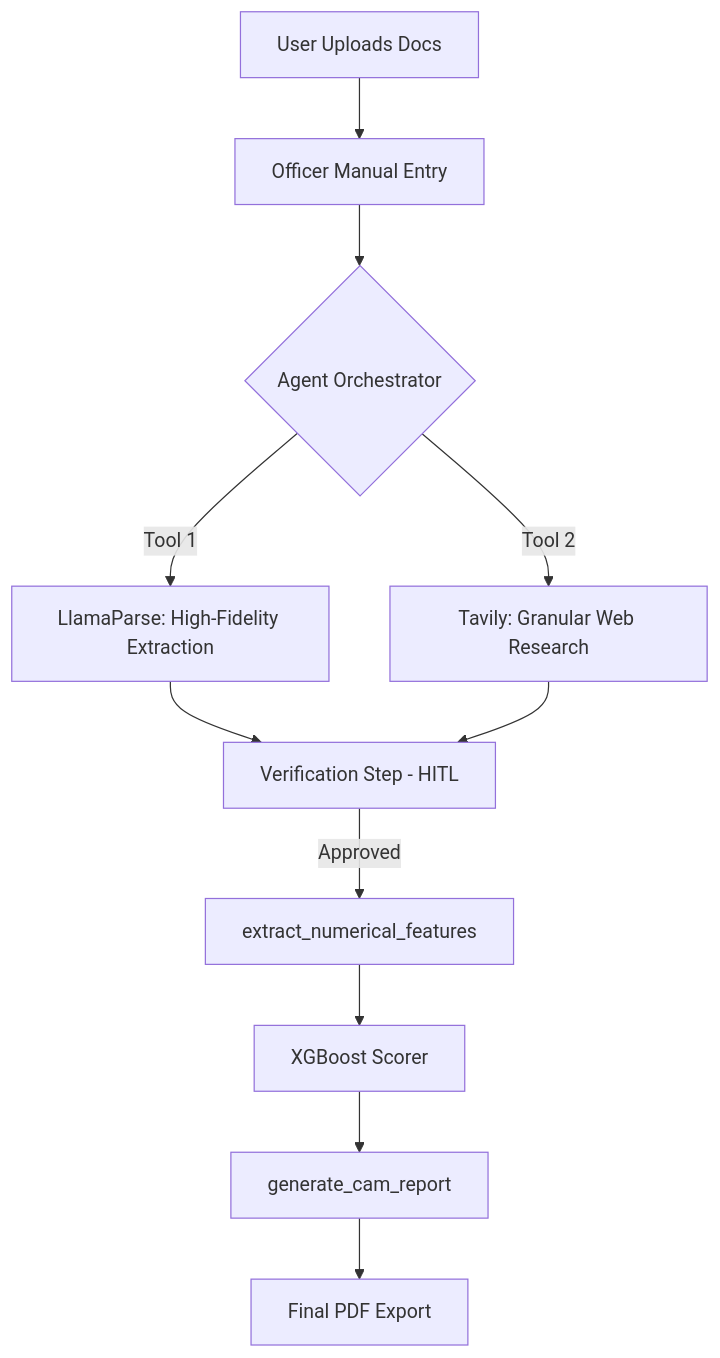
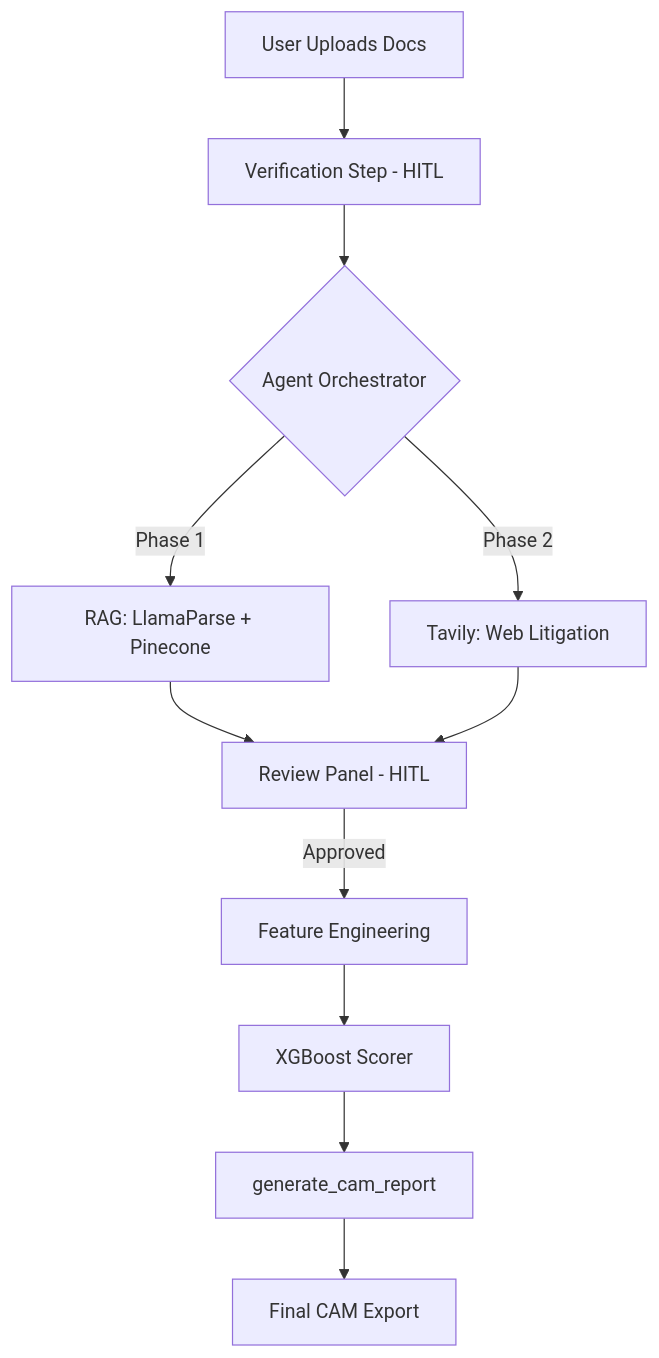
Before and after one commit to ShivamMaurya14/Credi-Mitra: the diagram in README.md, drawn with Mermaid. The commit also changed other lines of this file and 16 other files, not shown here.

````diff
--- a/README.md
+++ b/README.md
@@ -57,13 +79,13 @@
 ```mermaid
 graph TD
-    A[User Uploads Docs] --> B[Officer Manual Entry]
+    A[User Uploads Docs] --> B[Verification Step - HITL]
     B --> C{Agent Orchestrator}
-    C -->|Tool 1| D[LlamaParse: High-Fidelity Extraction]
-    C -->|Tool 2| E[Tavily: Granular Web Research]
-    D --> F[Verification Step - HITL]
+    C -->|Phase 1| D[RAG: LlamaParse + Pinecone]
+    C -->|Phase 2| E[Tavily: Web Litigation]
+    D --> F[Review Panel - HITL]
     E --> F
-    F -->|Approved| G[extract_numerical_features]
+    F -->|Approved| G[Feature Engineering]
     G --> H[XGBoost Scorer]
     H --> I[generate_cam_report]
-    I --> J[Final PDF Export]
+    I --> J[Final CAM Export]
 ```
````
